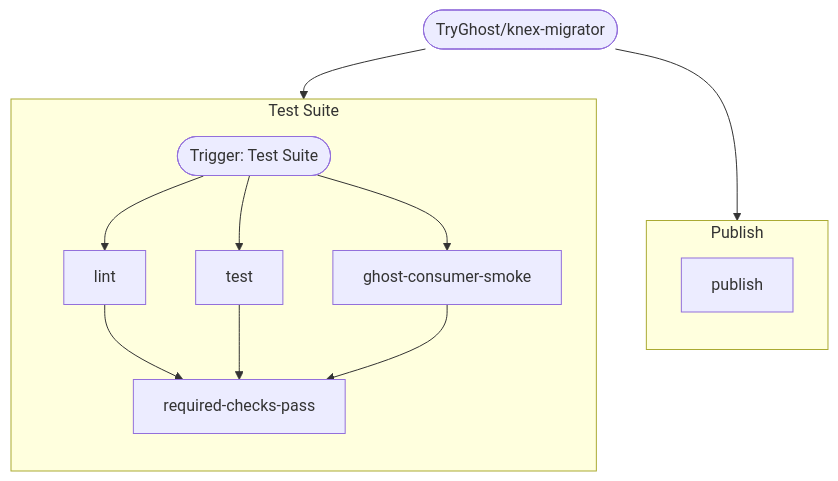
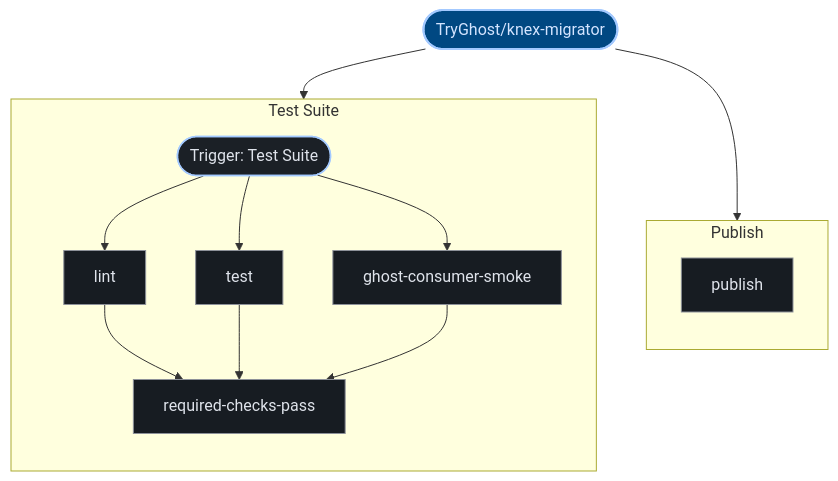
One commit to kumarshaz/atruss-code-atlas changed the second of 2 diagrams in exports/latest/reports/TryGhost-knex-migrator-report.md. Above: the diagram before and after it, drawn with Mermaid. The commit also changed other lines of this file and 331 other files, not shown here.

Commit message:
docs,ui,fix: update SDLC docs, reorder CI/CD DAG first, stylize Mermaid, and fix Arc42 pipeline topology

````diff
--- a/exports/latest/reports/TryGhost-knex-migrator-report.md
+++ b/exports/latest/reports/TryGhost-knex-migrator-report.md
@@ -99,24 +106,31 @@
 ```mermaid
 graph TD;
-  pipeline_root(["TryGhost/knex-migrator"])
+  classDef atlasRoot fill:#004882,stroke:#a3c9ff,stroke-width:2px,color:#d3e4ff
+  classDef atlasCategory fill:#212428,stroke:#E87A48,stroke-width:1.5px,color:#dfe3eb
+  classDef atlasWorkflow fill:#1b2026,stroke:#a3c9ff,stroke-width:1.5px,color:#dfe3eb
+  classDef atlasJob fill:#171c22,stroke:#8d9199,stroke-width:1px,color:#dfe3eb
+  classDef atlasTarget fill:#005227,stroke:#8bd99b,stroke-width:1.5px,color:#a7f6b6
+  classDef atlasAlert fill:#93000a,stroke:#ffb4ab,stroke-width:1.5px,color:#ffdad6
+  classDef atlasMore fill:#252a31,stroke:#8d9199,stroke-dasharray:4 4,color:#c3c6cf
+  pipeline_root(["TryGhost/knex-migrator"]):::atlasRoot
   subgraph Publish_0["Publish"]
     direction TB
-    0_publish["publish"]
+    0_publish["publish"]:::atlasJob
   end
   pipeline_root --> 0_publish
   subgraph Test_Suite_1["Test Suite"]
     direction TB
-    1_lint["lint"]
-    1_test["test"]
-    1_ghost_consumer_smoke["ghost-consumer-smoke"]
-    1_required_checks_pass["required-checks-pass"]
+    1_lint["lint"]:::atlasJob
+    1_test["test"]:::atlasJob
+    1_ghost_consumer_smoke["ghost-consumer-smoke"]:::atlasJob
+    1_required_checks_pass["required-checks-pass"]:::atlasJob
     1_lint --> 1_required_checks_pass
     1_test --> 1_required_checks_pass
     1_ghost_consumer_smoke --> 1_required_checks_pass
-    wf_entry_1(["Trigger: Test Suite"])
+    wf_entry_1(["Trigger: Test Suite"]):::atlasWorkflow
     wf_entry_1 --> 1_lint
     wf_entry_1 --> 1_test
     wf_entry_1 --> 1_ghost_consumer_smoke
   end
   pipeline_root --> wf_entry_1
 ```
````
